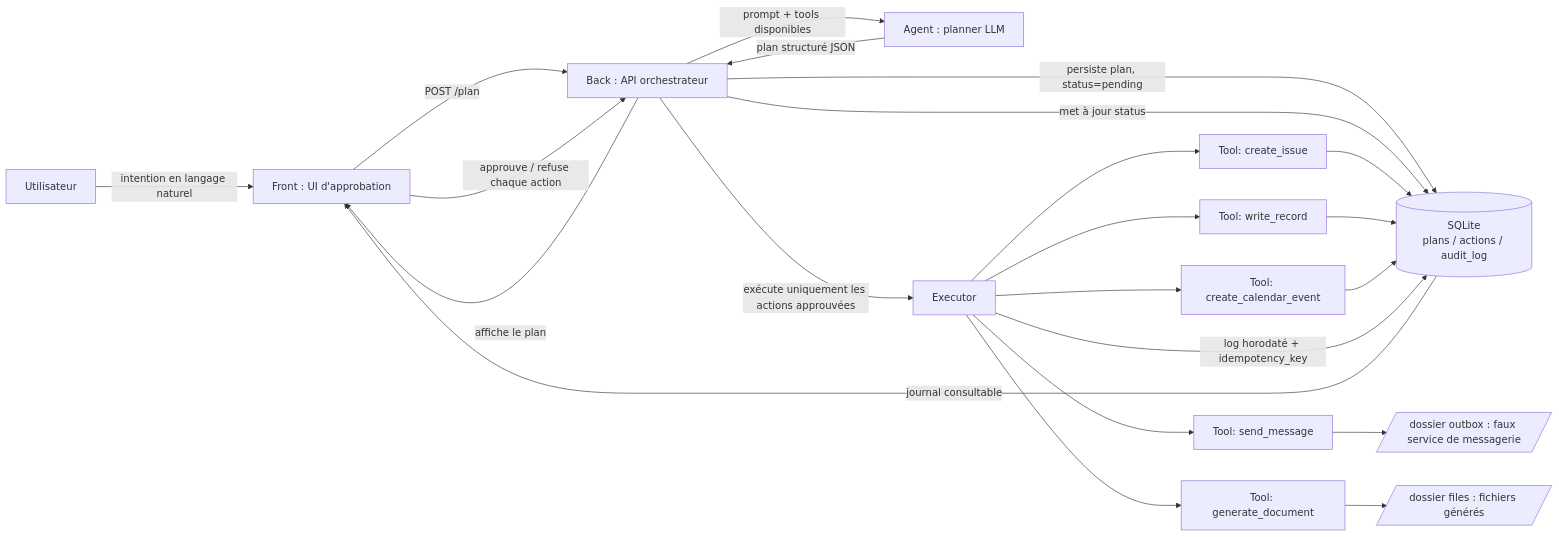
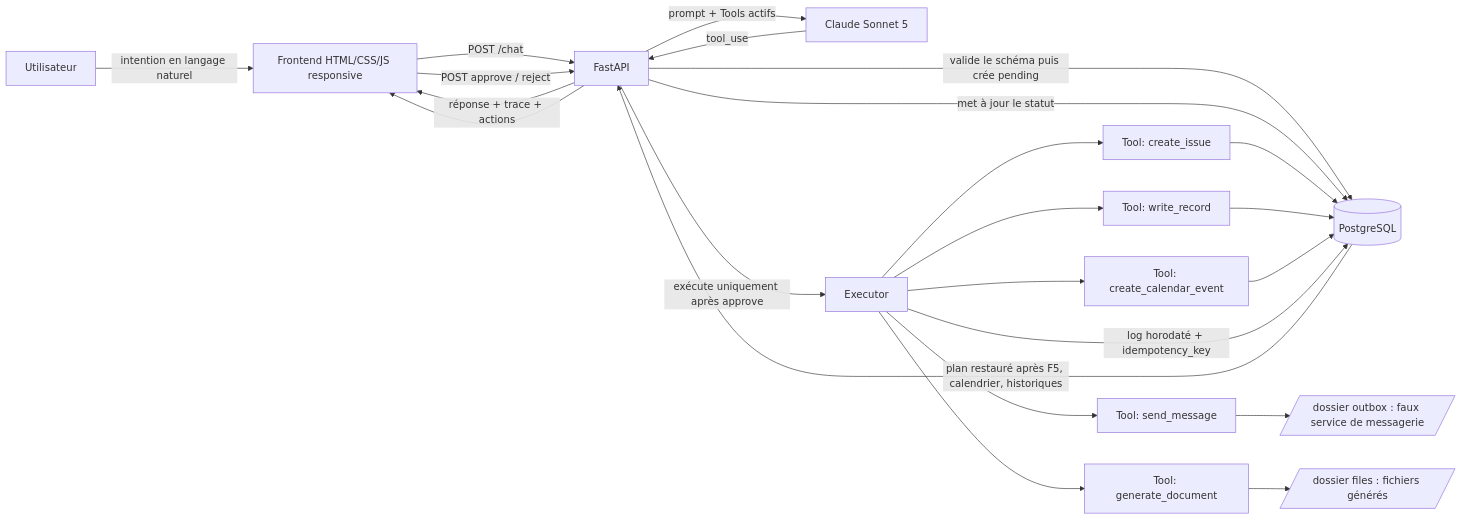
Before and after one commit to nohamoulma-hub/Holberton-school-Hackathon-Le_Bras: the diagram in SPEC.md, drawn with Mermaid. The commit also changed other lines of this file and 8 other files, not shown here.

Commit message:
feat: enhance validation and error handling for tool inputs, update documentation, and improve frontend synchronization

````diff
--- a/SPEC.md
+++ b/SPEC.md
@@ -30,22 +30,23 @@
 ```mermaid
 flowchart LR
-    U[Utilisateur] -->|intention en langage naturel| FRONT[Front : UI d'approbation]
-    FRONT -->|POST /plan| API[Back : API orchestrateur]
-    API -->|prompt + tools disponibles| AGENT[Agent : planner LLM]
-    AGENT -->|plan structuré JSON| API
-    API -->|persiste plan, status=pending| DB[(SQLite\nplans / actions / audit_log)]
-    API -->|affiche le plan| FRONT
-    FRONT -->|approuve / refuse chaque action| API
-    API -->|met à jour status| DB
-    API -->|exécute uniquement les actions approuvées| EXEC[Executor]
+    U[Utilisateur] -->|intention en langage naturel| FRONT[Frontend HTML/CSS/JS responsive]
+    FRONT -->|POST /chat| API[FastAPI]
+    API -->|prompt + Tools actifs| AGENT[Claude Sonnet 5]
+    AGENT -->|tool_use| API
+    API -->|valide le schéma puis crée pending| DB[(PostgreSQL)]
+    API -->|réponse + trace + actions| FRONT
+    FRONT -->|POST approve / reject| API
+    API -->|met à jour le statut| DB
+    API -->|exécute uniquement après approve| EXEC[Executor]
     EXEC --> T1[Tool: create_issue]
     EXEC --> T2[Tool: send_message]
     EXEC --> T3[Tool: write_record]
     EXEC --> T4[Tool: generate_document]
     EXEC --> T5[Tool: create_calendar_event]
     T1 & T3 & T5 --> DB
     T2 --> OUTBOX[/dossier outbox : faux service de messagerie/]
     T4 --> FILES[/dossier files : fichiers générés/]
     EXEC -->|log horodaté + idempotency_key| DB
-    DB -->|journal consultable| FRONT
+    DB -->|plan restauré après F5, calendrier, historiques| API
+    API --> FRONT
 ```
````
